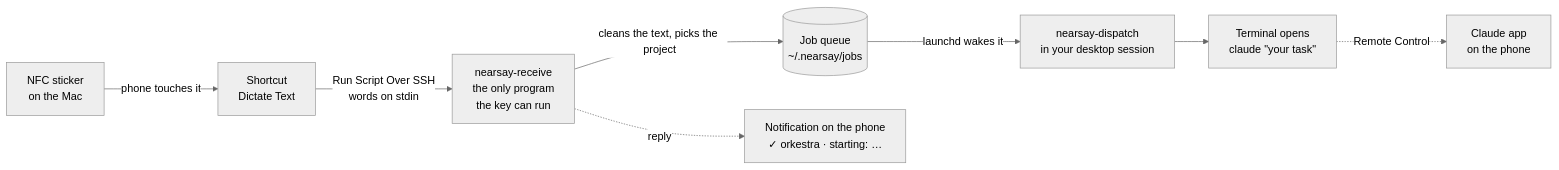
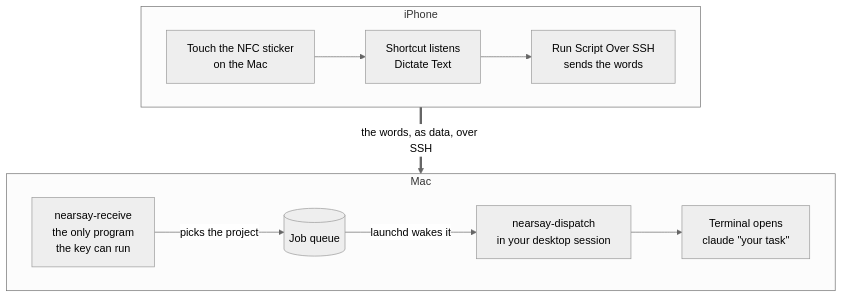
One commit to andyyaro/nearsay changed the diagram in README.md. Above: the diagram before and after it, drawn with Mermaid (neutral theme). The commit also changed other lines of this file, not shown here.

Commit message:
Draw the README flow in two rows, iPhone then Mac, so it reads at page width

````diff
--- a/README.md
+++ b/README.md
@@ -46,10 +46,12 @@
 ```mermaid
-flowchart LR
-    A[NFC sticker<br/>on the Mac] -->|phone touches it| B[Shortcut<br/>Dictate Text]
-    B -->|Run Script Over SSH<br/>words on stdin| C[nearsay-receive<br/>the only program<br/>the key can run]
-    C -->|cleans the text, picks the project| D[(Job queue<br/>~/.nearsay/jobs)]
-    D -->|launchd wakes it| E[nearsay-dispatch<br/>in your desktop session]
-    E --> F[Terminal opens<br/>claude #quot;your task#quot;]
-    F -.Remote Control.-> G[Claude app<br/>on the phone]
-    C -.reply.-> H[Notification on the phone<br/>✓ orkestra · starting: …]
+flowchart TB
+    subgraph phone ["iPhone"]
+        direction LR
+        A[Touch the NFC sticker<br/>on the Mac] --> B[Shortcut listens<br/>Dictate Text] --> X[Run Script Over SSH<br/>sends the words]
+    end
+    subgraph mac ["Mac"]
+        direction LR
+        C[nearsay-receive<br/>the only program<br/>the key can run] -->|picks the project| D[(Job queue)] -->|launchd wakes it| E[nearsay-dispatch<br/>in your desktop session] --> F[Terminal opens<br/>claude #quot;your task#quot;]
+    end
+    phone ==>|"the words, as data, over SSH"| mac
 ```
````
